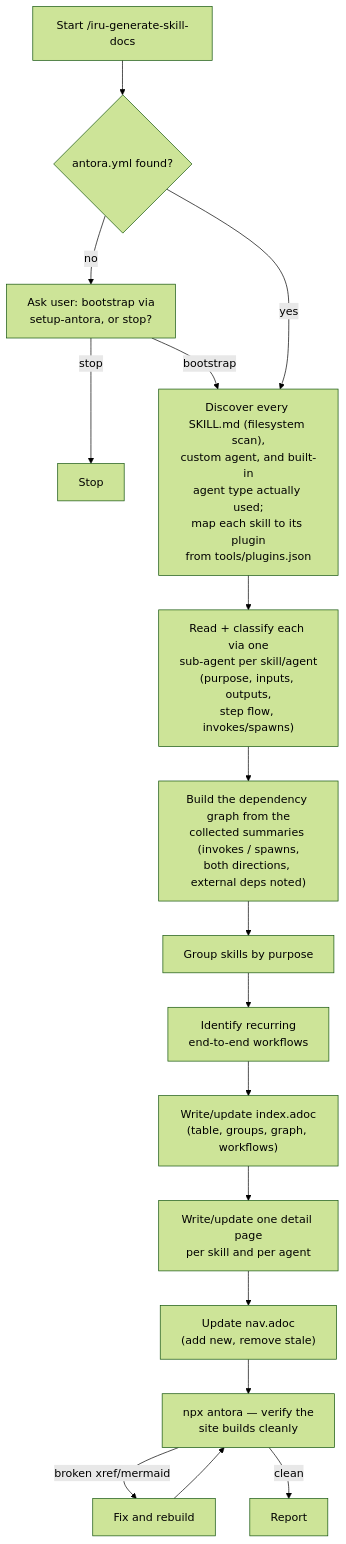
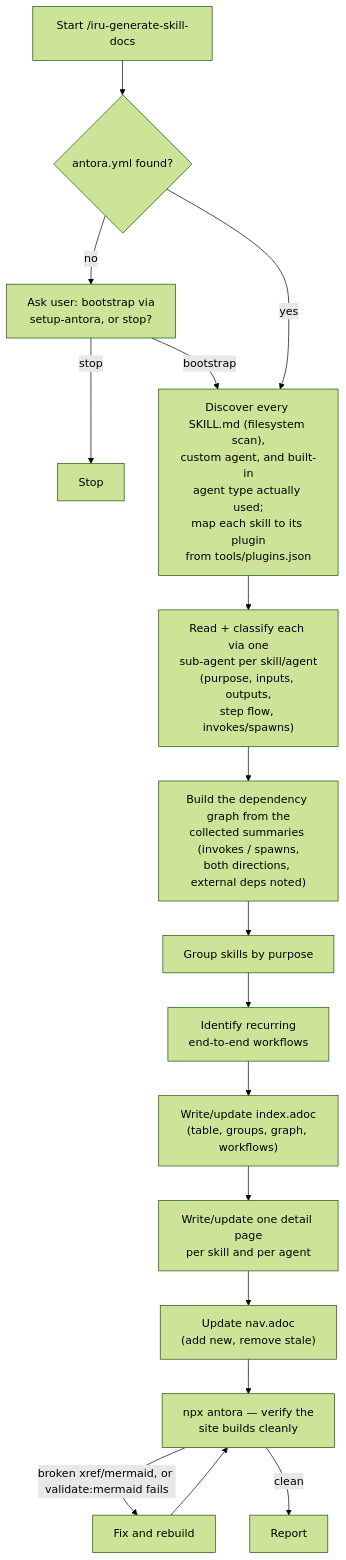
Before and after one commit to albertoirurueta/ai-catalog: the diagram in docs/modules/ROOT/pages/skills/iru-generate-skill-docs.adoc, drawn with Mermaid (forest theme). The commit also changed other lines of this file and 36 other files, not shown here.

First line of the commit message:
Fix broken Mermaid diagrams and validate diagrams in the Antora skills (#38)

```diff
--- a/docs/modules/ROOT/pages/skills/iru-generate-skill-docs.adoc
+++ b/docs/modules/ROOT/pages/skills/iru-generate-skill-docs.adoc
@@ -70,20 +72,20 @@
 [mermaid]
 ....
 flowchart TD
     A[Start /iru-generate-skill-docs] --> B{"antora.yml found?"}
     B -- no --> C["Ask user: bootstrap via\nsetup-antora, or stop?"]
     C -- stop --> Z1[Stop]
     C -- bootstrap --> D
     B -- yes --> D["Discover every SKILL.md (filesystem scan),\ncustom agent, and built-in\nagent type actually used;\nmap each skill to its plugin\nfrom tools/plugins.json"]
     D --> E["Read + classify each via one\nsub-agent per skill/agent\n(purpose, inputs, outputs,\nstep flow, invokes/spawns)"]
     E --> F["Build the dependency graph from the\ncollected summaries (invokes / spawns,\nboth directions, external deps noted)"]
     F --> G["Group skills by purpose"]
     G --> H["Identify recurring\nend-to-end workflows"]
     H --> I["Write/update index.adoc\n(table, groups, graph, workflows)"]
     I --> J["Write/update one detail page\nper skill and per agent"]
     J --> K["Update nav.adoc\n(add new, remove stale)"]
     K --> L["npx antora — verify the\nsite builds cleanly"]
-    L -- broken xref/mermaid --> M[Fix and rebuild]
+    L -- broken xref/mermaid, or validate:mermaid fails --> M[Fix and rebuild]
     M --> L
     L -- clean --> N[Report]
 ....
```
